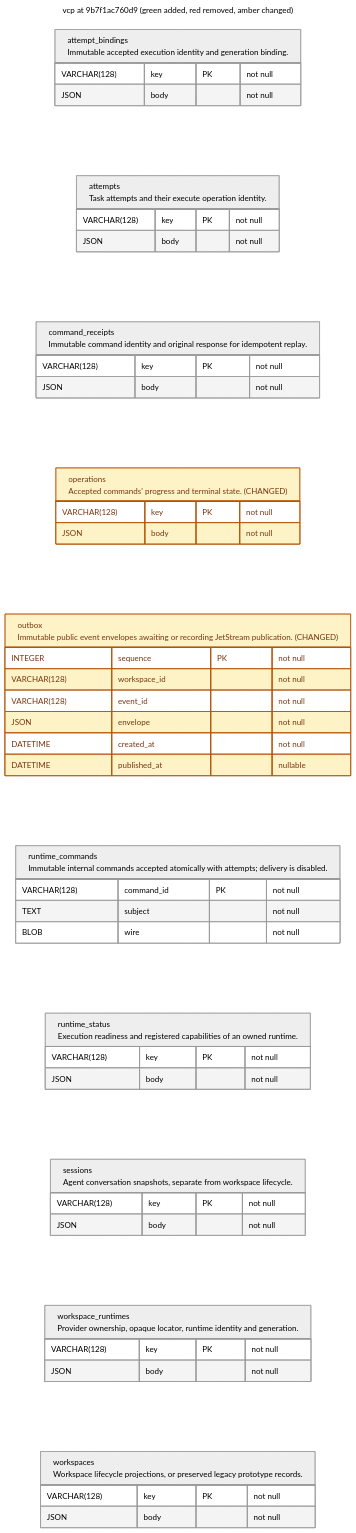
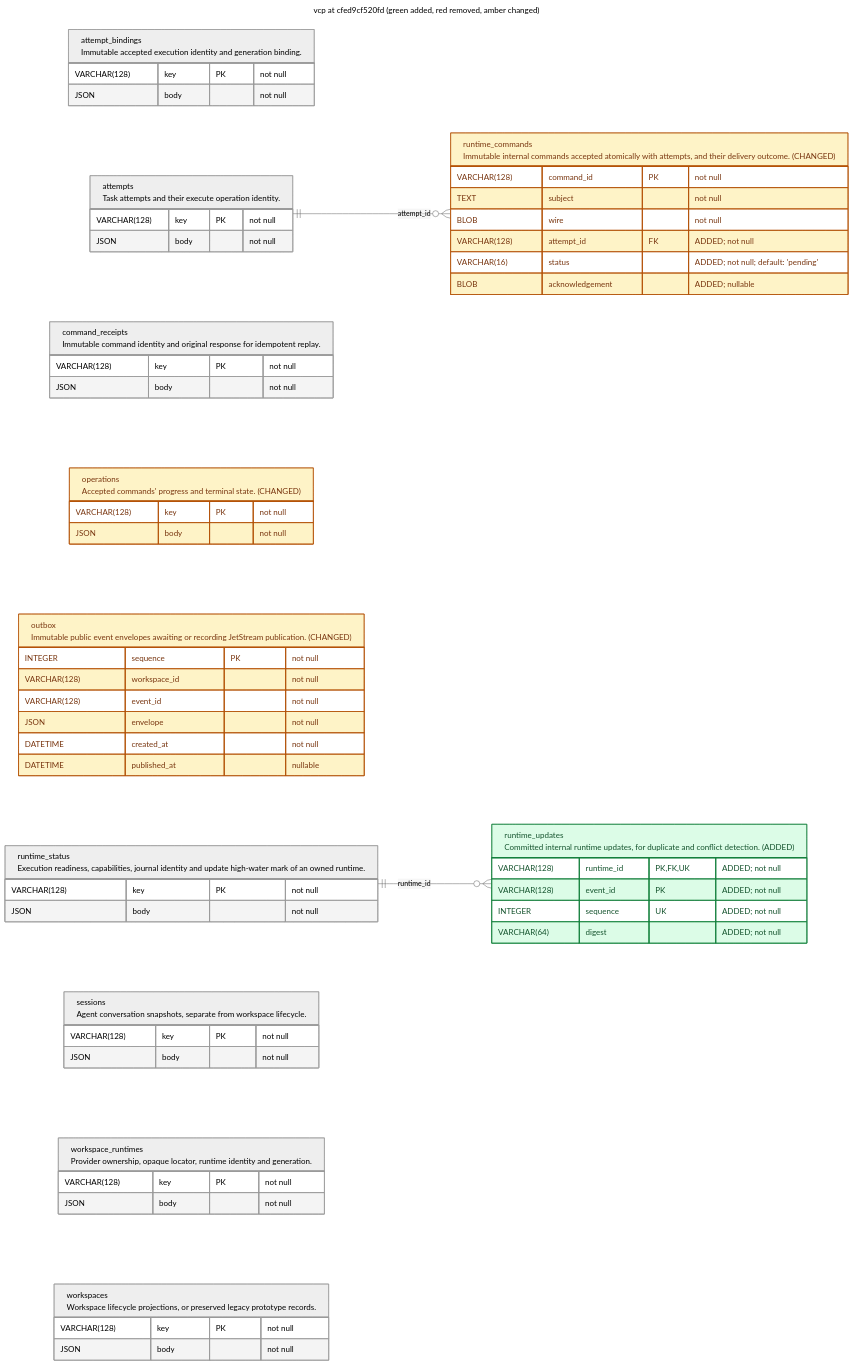
The diagram in v2/docs/schema/latest_vcp.mermaid (OpenEngine/OpenEngine), drawn with Mermaid before and after one commit. The commit also changed 41 other files, not shown here.

First line of the commit message:
feat(v2-vcp): deliver execution to a durable fake workspace daemon (#1288)

```diff
--- a/v2/docs/schema/latest_vcp.mermaid
+++ b/v2/docs/schema/latest_vcp.mermaid
@@ -1,60 +1,73 @@
 ---
-title: vcp at 9b7f1ac760d9 (green added, red removed, amber changed)
+title: vcp at cfed9cf520fd (green added, red removed, amber changed)
 config:
   theme: neutral
 ---
 erDiagram
     direction LR
     %% REMOVED tables/columns are tombstones, absent from this revision's schema.
     %% Column changes include type, nullability, default and key membership.
     %% Table changes also include indexes and constraints.
     classDef added fill:#dcfce7,stroke:#15803d,color:#14532d
     classDef removed fill:#fee2e2,stroke:#b91c1c,color:#7f1d1d
     classDef changed fill:#fef3c7,stroke:#b45309,color:#78350f
     attempt_bindings["attempt_bindings<br/>Immutable accepted execution identity and generation binding."] {
         VARCHAR(128) key PK "not null"
         JSON body "not null"
     }
     attempts["attempts<br/>Task attempts and their execute operation identity."] {
         VARCHAR(128) key PK "not null"
         JSON body "not null"
     }
     command_receipts["command_receipts<br/>Immutable command identity and original response for idempotent replay."] {
         VARCHAR(128) key PK "not null"
         JSON body "not null"
     }
     operations["operations<br/>Accepted commands' progress and terminal state. (CHANGED)"] {
         VARCHAR(128) key PK "not null"
         JSON body "not null"
     }
     class operations changed
     outbox["outbox<br/>Immutable public event envelopes awaiting or recording JetStream publication. (CHANGED)"] {
         INTEGER sequence PK "not null"
         VARCHAR(128) workspace_id "not null"
         VARCHAR(128) event_id "not null"
         JSON envelope "not null"
         DATETIME created_at "not null"
         DATETIME published_at "nullable"
     }
     class outbox changed
-    runtime_commands["runtime_commands<br/>Immutable internal commands accepted atomically with attempts; delivery is disabled."] {
+    runtime_commands["runtime_commands<br/>Immutable internal commands accepted atomically with attempts, and their delivery outcome. (CHANGED)"] {
         VARCHAR(128) command_id PK "not null"
         TEXT subject "not null"
         BLOB wire "not null"
+        VARCHAR(128) attempt_id FK "ADDED; not null"
+        VARCHAR(16) status "ADDED; not null; default: 'pending'"
+        BLOB acknowledgement "ADDED; nullable"
     }
-    runtime_status["runtime_status<br/>Execution readiness and registered capabilities of an owned runtime."] {
+    class runtime_commands changed
+    attempts ||--o{ runtime_commands : "attempt_id"
+    runtime_status["runtime_status<br/>Execution readiness, capabilities, journal identity and update high-water mark of an owned runtime."] {
         VARCHAR(128) key PK "not null"
         JSON body "not null"
     }
+    runtime_updates["runtime_updates<br/>Committed internal runtime updates, for duplicate and conflict detection. (ADDED)"] {
+        VARCHAR(128) runtime_id PK,FK,UK "ADDED; not null"
+        VARCHAR(128) event_id PK "ADDED; not null"
+        INTEGER sequence UK "ADDED; not null"
+        VARCHAR(64) digest "ADDED; not null"
+    }
+    class runtime_updates added
+    runtime_status ||--o{ runtime_updates : "runtime_id"
     sessions["sessions<br/>Agent conversation snapshots, separate from workspace lifecycle."] {
         VARCHAR(128) key PK "not null"
         JSON body "not null"
     }
     workspace_runtimes["workspace_runtimes<br/>Provider ownership, opaque locator, runtime identity and generation."] {
         VARCHAR(128) key PK "not null"
         JSON body "not null"
     }
     workspaces["workspaces<br/>Workspace lifecycle projections, or preserved legacy prototype records."] {
         VARCHAR(128) key PK "not null"
         JSON body "not null"
     }
```
